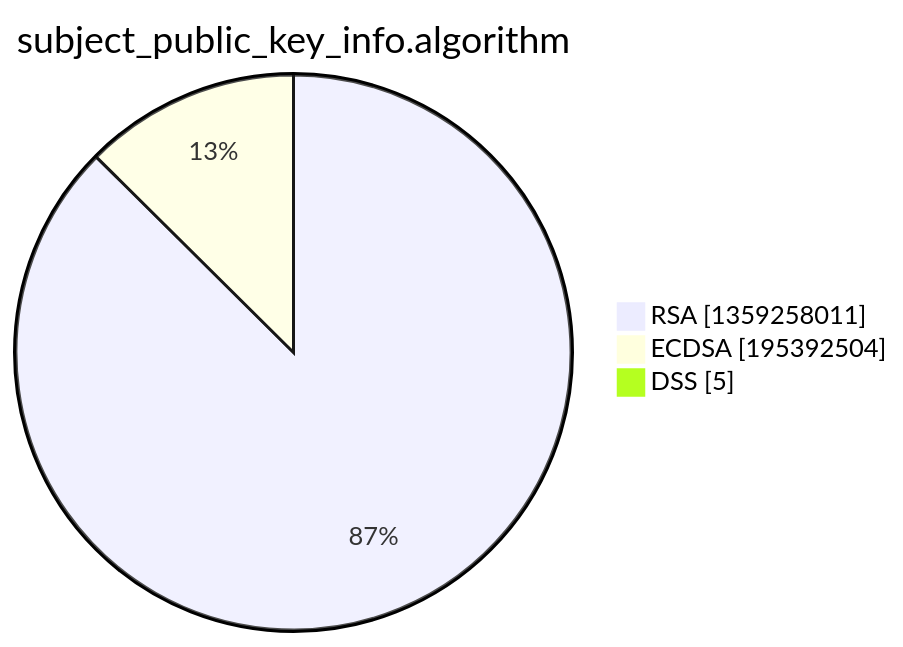
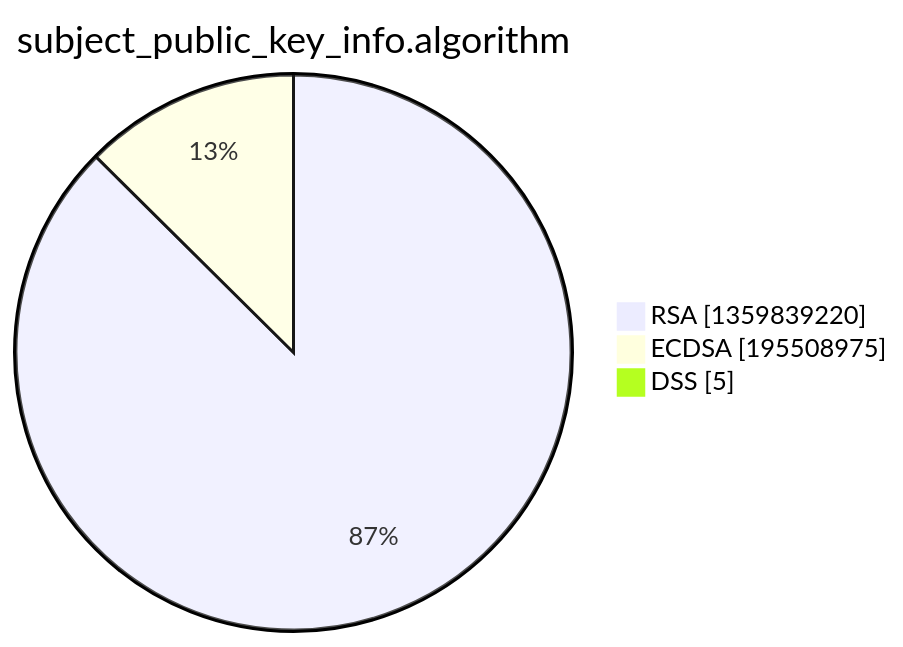
One commit to christiankrug/ctmonitor_visualization changed the third of 15 diagrams in xenon2022/README.md. Above: the diagram before and after it, drawn with Mermaid. The commit also changed other lines of this file, not shown here.

````diff
--- a/xenon2022/README.md
+++ b/xenon2022/README.md
@@ -14,7 +14,7 @@
 ```mermaid
 pie showData
 title subject_public_key_info.algorithm
-"RSA" :1359258011
-"ECDSA" :195392504
+"RSA" :1359839220
+"ECDSA" :195508975
 "DSS" :5
 ```
````
